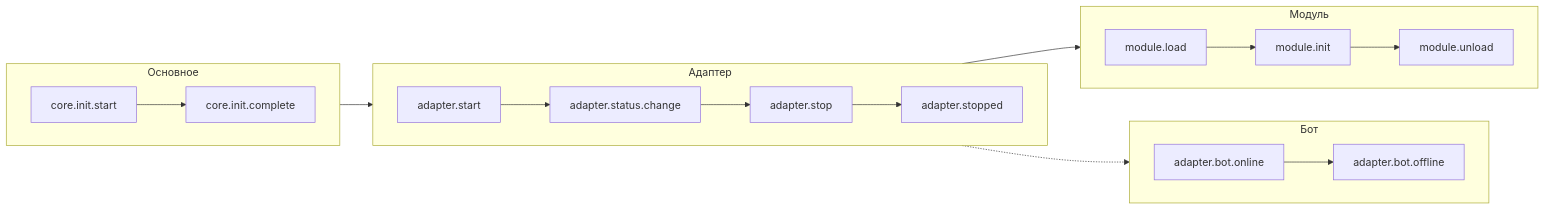
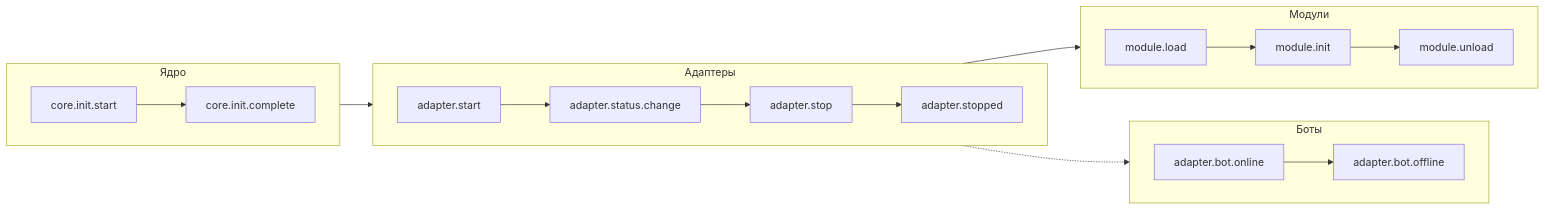
Before and after one commit to ErisPulse/ErisPulse: the fifth of 9 diagrams in docs/ru/architecture.md, drawn with Mermaid. The commit also changed other lines of this file and 622 other files, not shown here.

````diff
--- a/docs/ru/architecture.md
+++ b/docs/ru/architecture.md
@@ -162,26 +161,26 @@
 ```mermaid
 flowchart LR
-    subgraph Core["Основное"]
+    subgraph Core["Ядро"]
         direction LR
         C1["core.init.start"] --> C2["core.init.complete"]
     end
 
-    subgraph AdapterLife["Адаптер"]
+    subgraph AdapterLife["Адаптеры"]
         direction LR
         A1["adapter.start"] --> A2["adapter.status.change"] --> A3["adapter.stop"] --> A4["adapter.stopped"]
     end
 
-    subgraph ModuleLife["Модуль"]
+    subgraph ModuleLife["Модули"]
         direction LR
         M1["module.load"] --> M2["module.init"] --> M3["module.unload"]
     end
 
-    subgraph BotLife["Бот"]
+    subgraph BotLife["Боты"]
         direction LR
         B1["adapter.bot.online"] --> B2["adapter.bot.offline"]
     end
 
     Core --> AdapterLife
     AdapterLife --> ModuleLife
     AdapterLife -.-> BotLife
 ```
````
